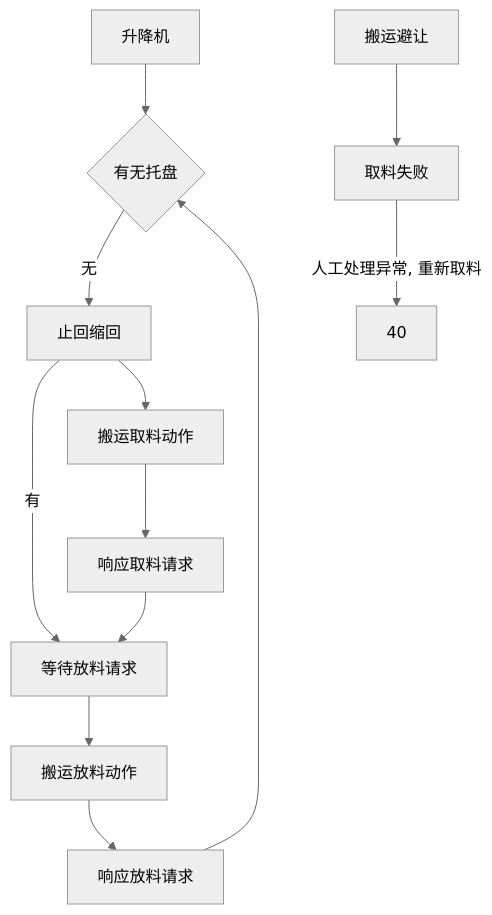
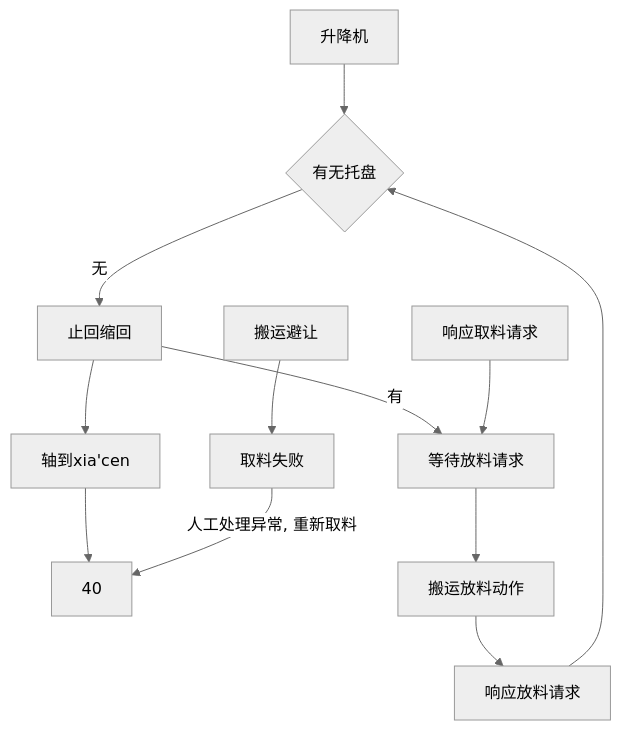
The diagram in all/升降台.md (PengKun1/iodraw-files), drawn with Mermaid (neutral theme) before and after one commit.

Commit message:
2024-12-23 10:19:14 update

````diff
--- a/all/升降台.md
+++ b/all/升降台.md
@@ -1,15 +1,15 @@
 ```mermaid
 graph TD
 0[升降机]-->10
 10{有无托盘}-->|无|20
 20-->|有|60
 20[止回缩回]-->30
-30[搬运取料动作]-->
+30[轴到xia'cen]-->40
 50[响应取料请求]-->60
 60[等待放料请求]-->70
 70[搬运放料动作]-->80
 80[响应放料请求]-->10
 90[搬运避让]-->900
 
 900[取料失败]-->|人工处理异常, 重新取料|40
 ```
````
